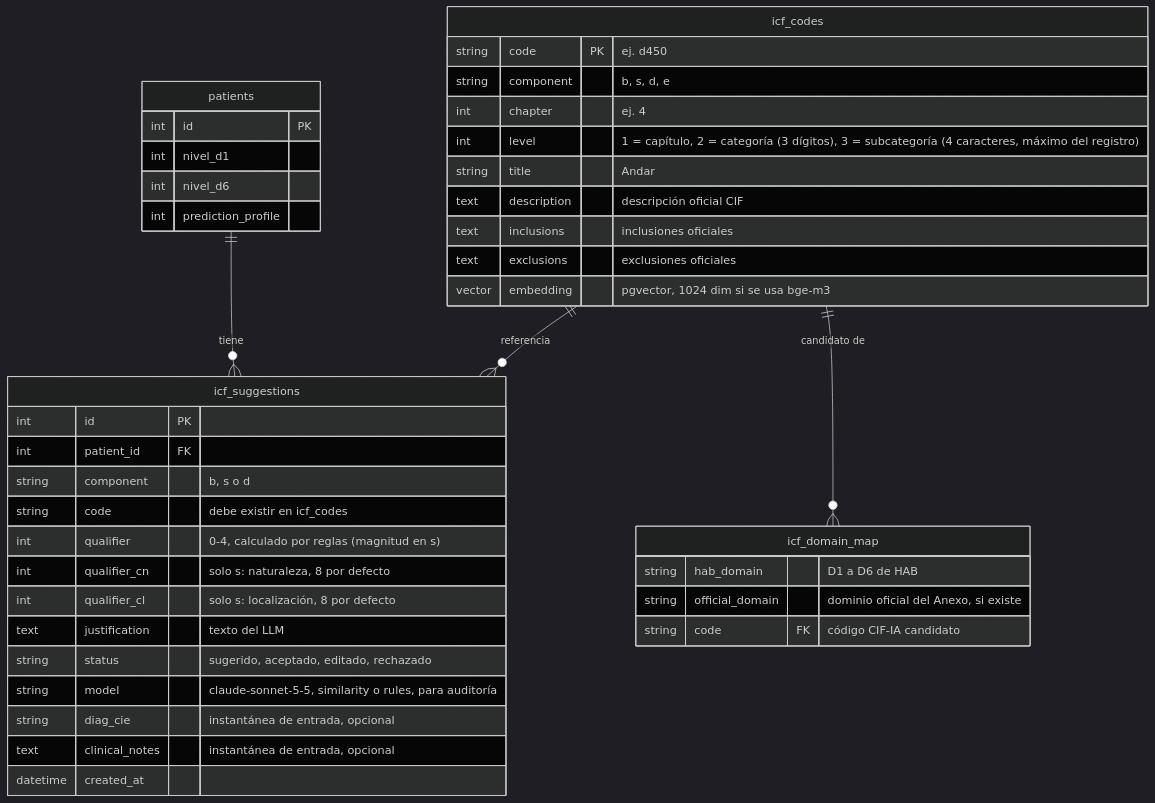
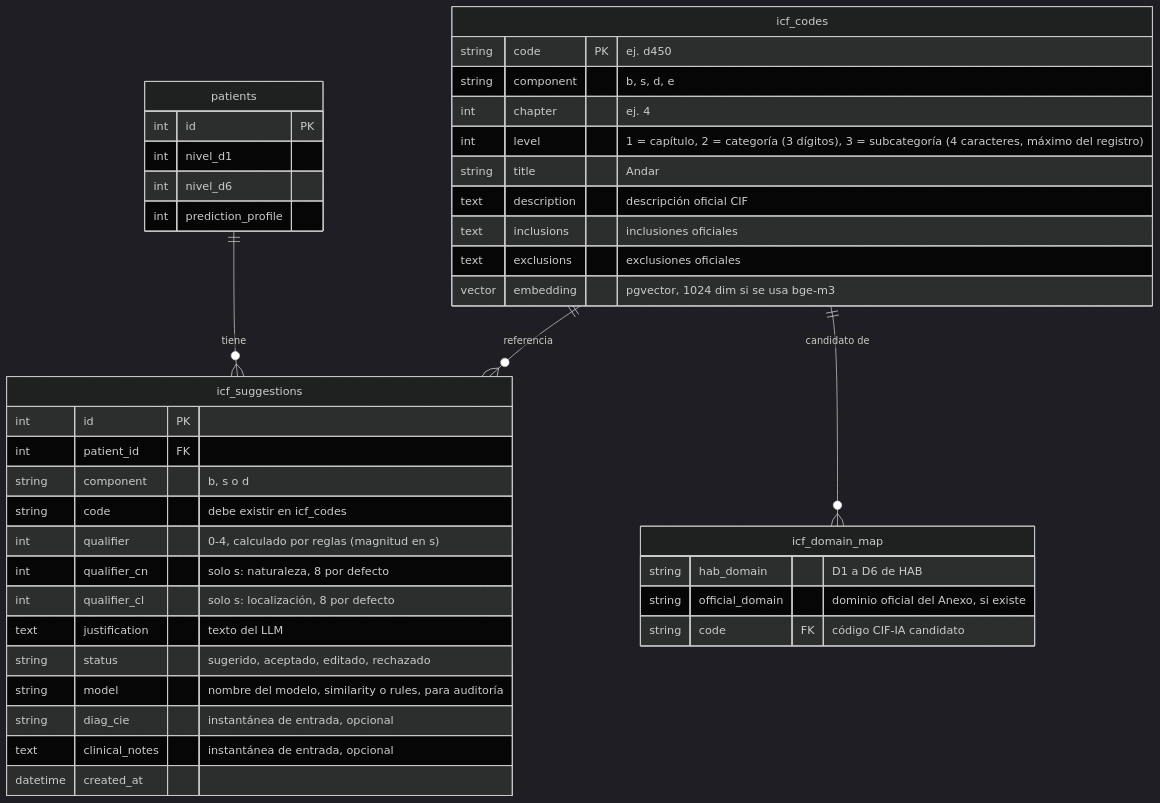
Before and after one commit to jaquimbayoc7/health-access-bridge: the third of 3 diagrams in docs/diagrams/rag-icf-postgresql.md, drawn with Mermaid (dark theme). The commit also changed other lines of this file and 10 other files, not shown here.

````diff
--- a/docs/diagrams/rag-icf-postgresql.md
+++ b/docs/diagrams/rag-icf-postgresql.md
@@ -255,47 +252,47 @@
 ```mermaid
 erDiagram
     icf_codes {
         string code PK "ej. d450"
         string component "b, s, d, e"
         int chapter "ej. 4"
         int level "1 = capítulo, 2 = categoría (3 dígitos), 3 = subcategoría (4 caracteres, máximo del registro)"
         string title "Andar"
         text description "descripción oficial CIF"
         text inclusions "inclusiones oficiales"
         text exclusions "exclusiones oficiales"
         vector embedding "pgvector, 1024 dim si se usa bge-m3"
     }
 
     patients {
         int id PK
         int nivel_d1
         int nivel_d6
         int prediction_profile
     }
 
     icf_domain_map {
         string hab_domain "D1 a D6 de HAB"
         string official_domain "dominio oficial del Anexo, si existe"
         string code FK "código CIF-IA candidato"
     }
 
     icf_suggestions {
         int id PK
         int patient_id FK
         string component "b, s o d"
         string code "debe existir en icf_codes"
         int qualifier "0-4, calculado por reglas (magnitud en s)"
         int qualifier_cn "solo s: naturaleza, 8 por defecto"
         int qualifier_cl "solo s: localización, 8 por defecto"
         text justification "texto del LLM"
         string status "sugerido, aceptado, editado, rechazado"
-        string model "claude-sonnet-5-5, similarity o rules, para auditoría"
+        string model "nombre del modelo, similarity o rules, para auditoría"
         string diag_cie "instantánea de entrada, opcional"
         text clinical_notes "instantánea de entrada, opcional"
         datetime created_at
     }
 
     patients ||--o{ icf_suggestions : "tiene"
     icf_codes ||--o{ icf_suggestions : "referencia"
     icf_codes ||--o{ icf_domain_map : "candidato de"
 ```
````
